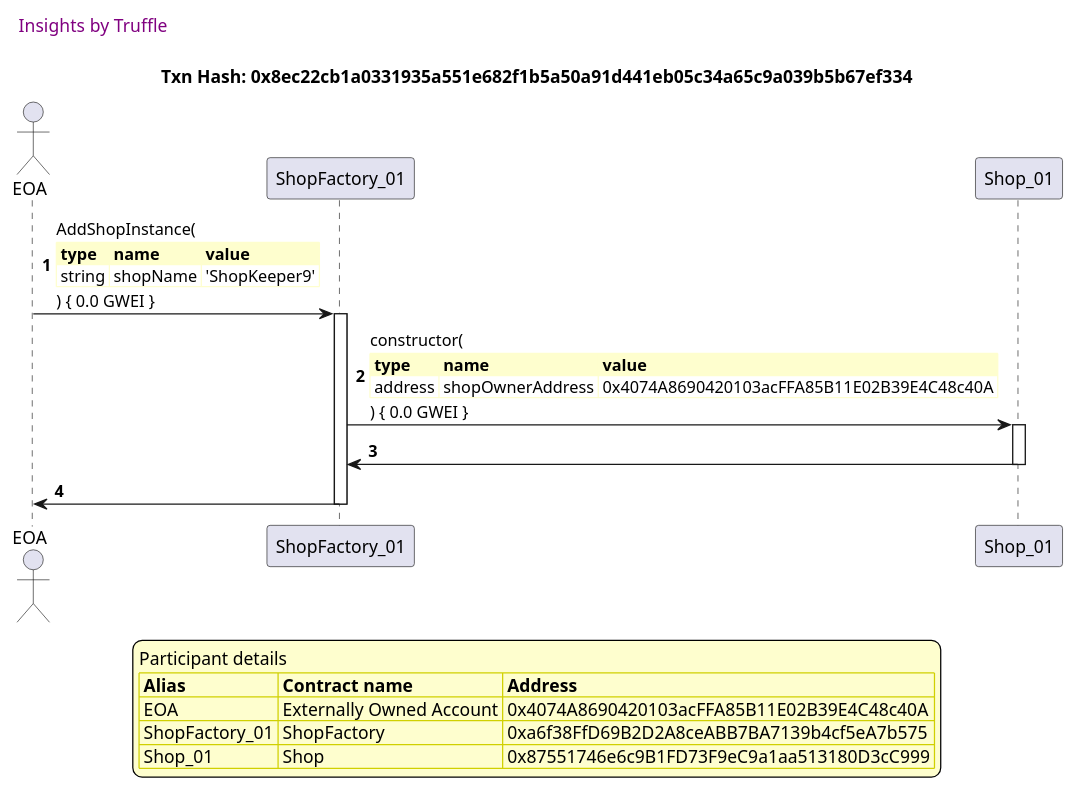
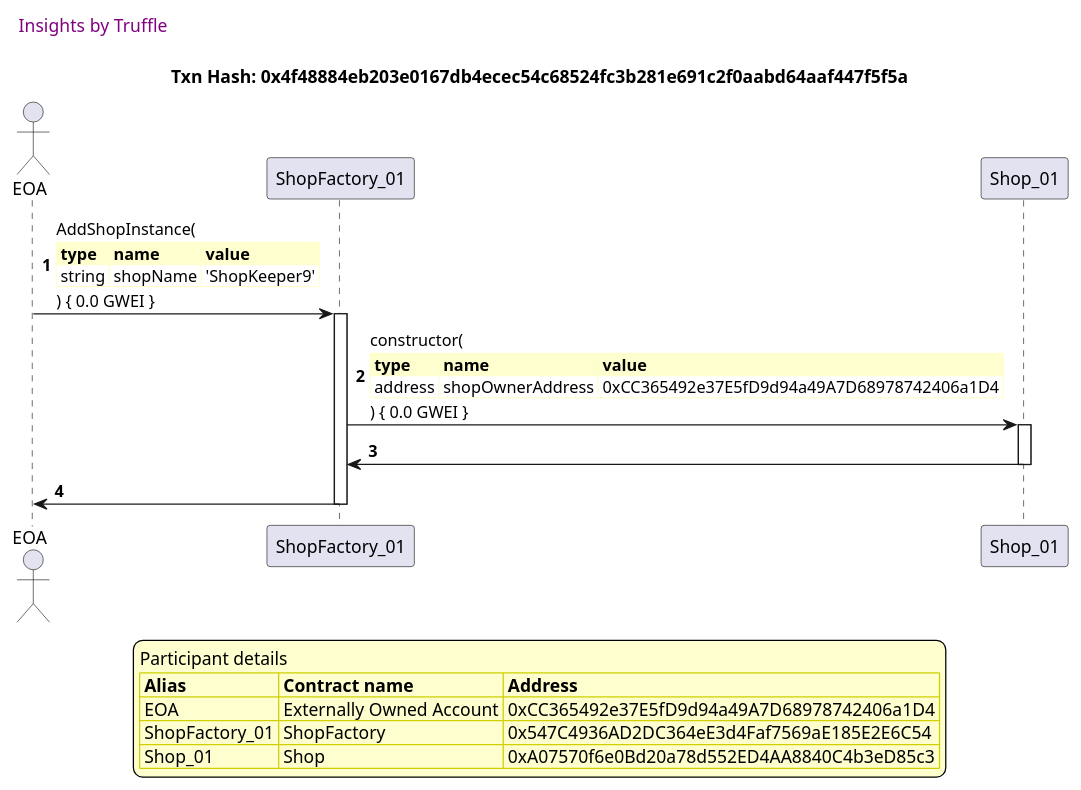
One commit to thedarkjester/ConsensysAssignment changed diagram 16 of 58 in truffle-seq/Shop_test_shopfactory_manage_shop.md. Above: the diagram before and after it, drawn with PlantUML. The commit also changed other lines of this file and 13 other files, not shown here.

````diff
--- a/truffle-seq/Shop_test_shopfactory_manage_shop.md
+++ b/truffle-seq/Shop_test_shopfactory_manage_shop.md
@@ -777,47 +777,47 @@
 ```plantuml
 
 
 @startuml
 
 autonumber
 skinparam legendBackgroundColor #FEFECE
 
 <style>
       header {
         HorizontalAlignment left
         FontColor purple
         FontSize 14
         Padding 10
       }
     </style>
 
 header Insights by Truffle
 
-title Txn Hash: 0x8ec22cb1a0331935a551e682f1b5a50a91d441eb05c34a65c9a039b5b67ef334
+title Txn Hash: 0x4f48884eb203e0167db4ecec54c68524fc3b281e691c2f0aabd64aaf447f5f5a
 
 
 actor EOA as "EOA"
 participant ShopFactory_01 as "ShopFactory_01"
 participant Shop_01 as "Shop_01"
 
 "EOA" -> "ShopFactory_01" ++: AddShopInstance(\n\
 <#FEFECE,#FEFECE>|= type |= name |= value |\n\
 | string | shopName | 'ShopKeeper9' |\n\
 ) { 0.0 GWEI }
 "ShopFactory_01" -> "Shop_01" ++: constructor(\n\
 <#FEFECE,#FEFECE>|= type |= name |= value |\n\
-| address | shopOwnerAddress | 0x4074A8690420103acFFA85B11E02B39E4C48c40A |\n\
+| address | shopOwnerAddress | 0xCC365492e37E5fD9d94a49A7D68978742406a1D4 |\n\
 ) { 0.0 GWEI }
 "Shop_01" -> "ShopFactory_01" --: 
 "ShopFactory_01" -> "EOA" --: 
 
 legend
 Participant details
 <#FEFECE,#D0D000>|= Alias |= Contract name |= Address |
-<#FEFECE>| EOA | Externally Owned Account | 0x4074A8690420103acFFA85B11E02B39E4C48c40A |
-<#FEFECE>| ShopFactory_01 | ShopFactory | 0xa6f38FfD69B2D2A8ceABB7BA7139b4cf5eA7b575 |
-<#FEFECE>| Shop_01 | Shop | 0x87551746e6c9B1FD73F9eC9a1aa513180D3cC999 |
+<#FEFECE>| EOA | Externally Owned Account | 0xCC365492e37E5fD9d94a49A7D68978742406a1D4 |
+<#FEFECE>| ShopFactory_01 | ShopFactory | 0x547C4936AD2DC364eE3d4Faf7569aE185E2E6C54 |
+<#FEFECE>| Shop_01 | Shop | 0xA07570f6e0Bd20a78d552ED4AA8840C4b3eD85c3 |
 endlegend
 
 @enduml
 ```
````
